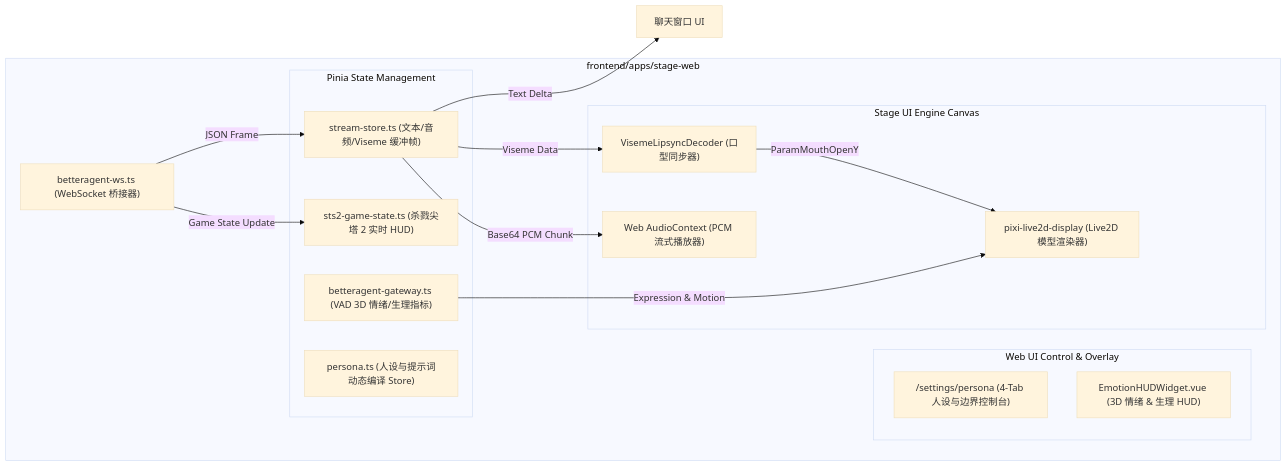
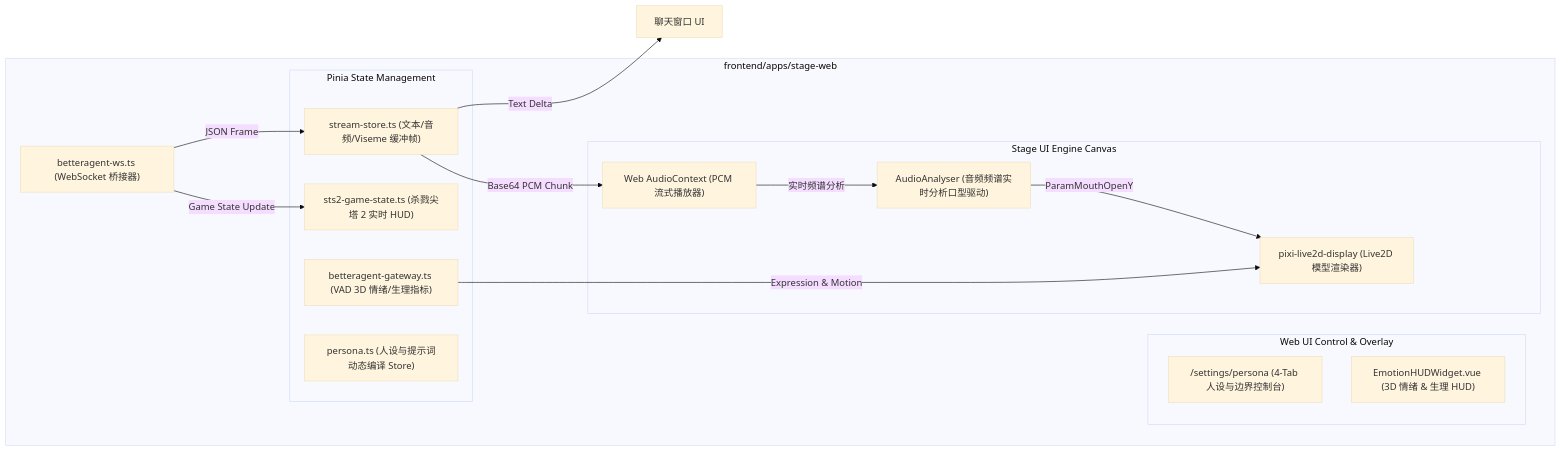
One commit to hpkm2635/BetterAgent changed the tenth of 12 diagrams in docs/ARCHITECTURE.md. Above: the diagram before and after it, drawn with Mermaid (base theme). The commit also changed other lines of this file, not shown here.

First line of the commit message:
docs(architecture): sync diagrams and subject table with actual code state

````diff
--- a/docs/ARCHITECTURE.md
+++ b/docs/ARCHITECTURE.md
@@ -639,32 +639,32 @@
 ```mermaid
 graph LR
     subgraph Frontend_App["frontend/apps/stage-web"]
         WSBridge["betteragent-ws.ts (WebSocket 桥接器)"]
         
         subgraph Pinia_Stores["Pinia State Management"]
             StreamStore["stream-store.ts (文本/音频/Viseme 缓冲帧)"]
             STS2Store["sts2-game-state.ts (杀戮尖塔 2 实时 HUD)"]
             EmotionStore["betteragent-gateway.ts (VAD 3D 情绪/生理指标)"]
             PersonaStore["persona.ts (人设与提示词动态编译 Store)"]
         end
 
         subgraph Control_Panels["Web UI Control & Overlay"]
             PersonaControl["/settings/persona (4-Tab 人设与边界控制台)"]
             EmotionHUD["EmotionHUDWidget.vue (3D 情绪 & 生理 HUD)"]
         end
 
         subgraph Render_Engines["Stage UI Engine Canvas"]
             Live2DCanvas["pixi-live2d-display (Live2D 模型渲染器)"]
-            VisemeLipsync["VisemeLipsyncDecoder (口型同步器)"]
+            AudioAnalyser["AudioAnalyser (音频频谱实时分析口型驱动)"]
             AudioPlayback["Web AudioContext (PCM 流式播放器)"]
         end
     end
 
     WSBridge --"JSON Frame"--> StreamStore
     WSBridge --"Game State Update"--> STS2Store
     StreamStore --"Text Delta"--> ChatUI["聊天窗口 UI"]
-    StreamStore --"Viseme Data"--> VisemeLipsync
     StreamStore --"Base64 PCM Chunk"--> AudioPlayback
-    VisemeLipsync --"ParamMouthOpenY"--> Live2DCanvas
+    AudioPlayback --"实时频谱分析"--> AudioAnalyser
+    AudioAnalyser --"ParamMouthOpenY"--> Live2DCanvas
     EmotionStore --"Expression & Motion"--> Live2DCanvas
 ```
````
